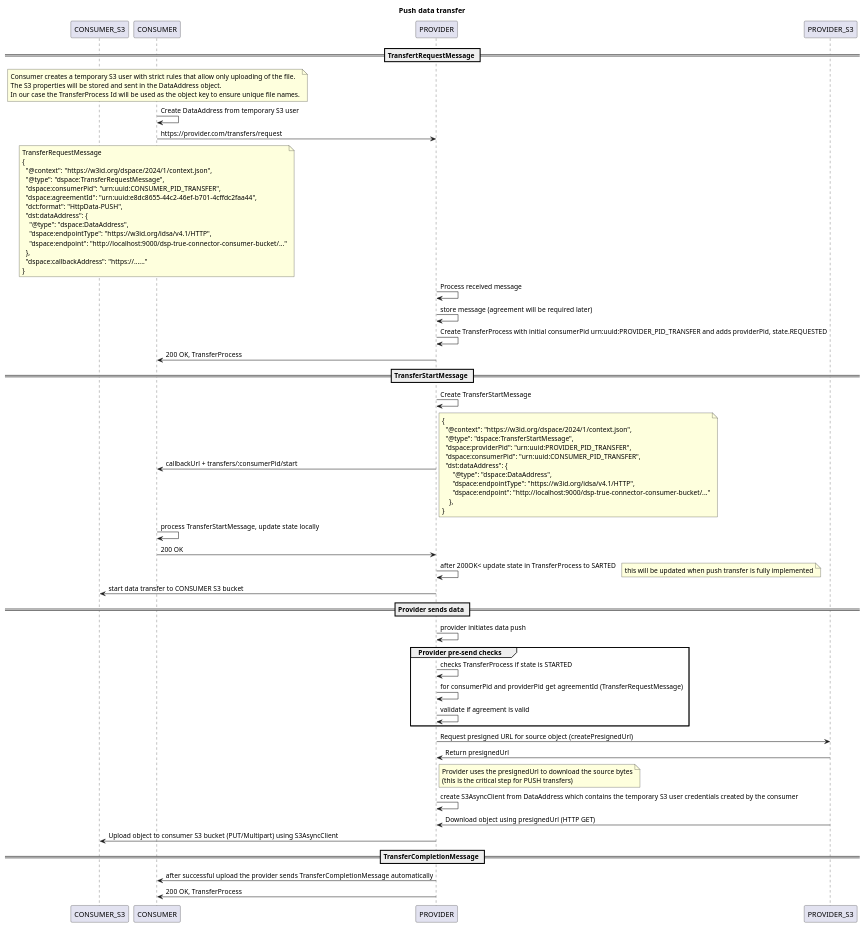
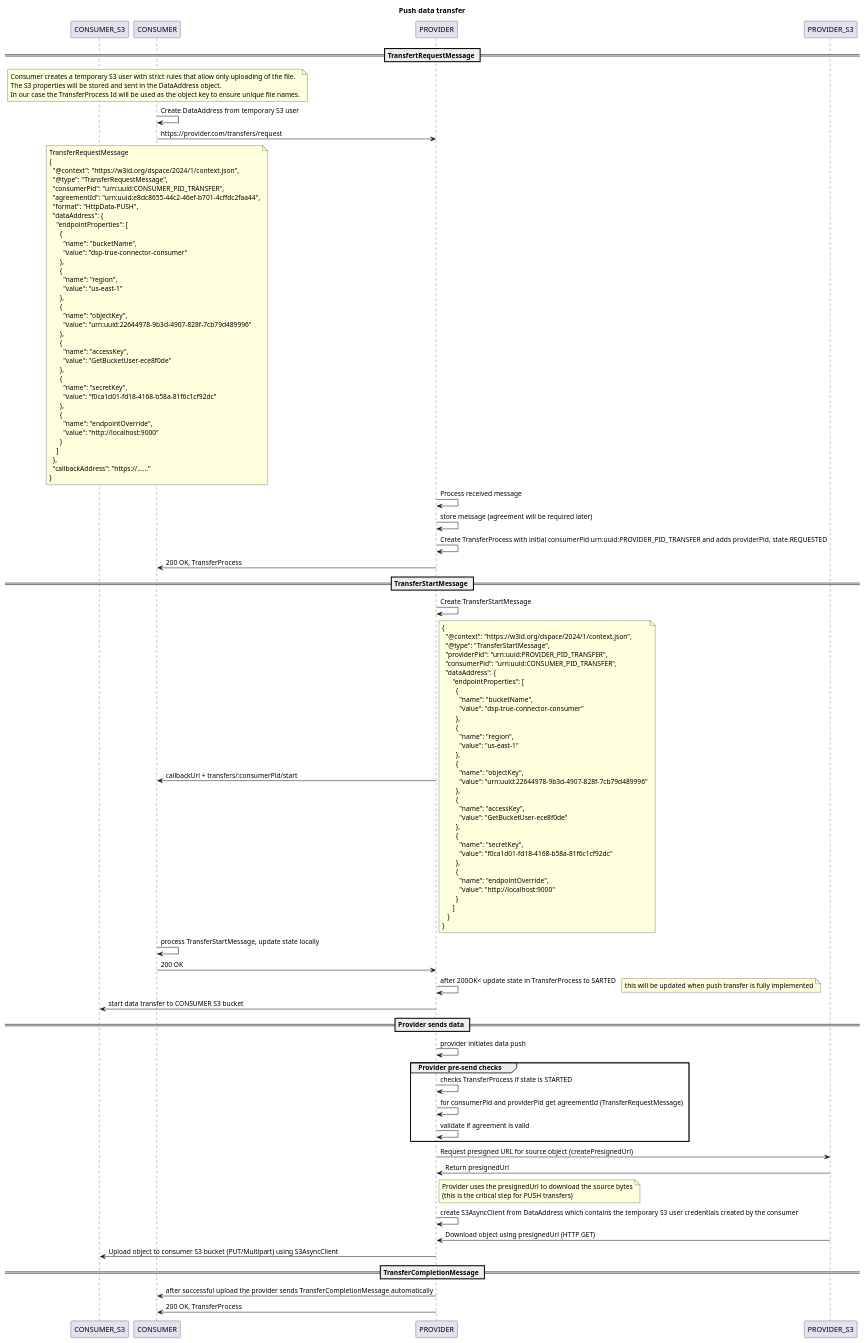
One commit to Engineering-Research-and-Development/dsp-true-connector changed the diagram in data-transfer/doc/diagrams/push_data_transfer.puml. Above: the diagram before and after it, drawn with PlantUML. The commit also changed 302 other files, not shown here.

```diff
--- a/data-transfer/doc/diagrams/push_data_transfer.puml
+++ b/data-transfer/doc/diagrams/push_data_transfer.puml
@@ -1,92 +1,138 @@
 @startuml
 
 TITLE Push data transfer
 
 participant CONSUMER_S3 as cs3
 participant CONSUMER as c
 participant PROVIDER as p
 participant PROVIDER_S3 as ps3
 
 == TransfertRequestMessage ==
 
 note over c
 Consumer creates a temporary S3 user with strict rules that allow only uploading of the file.
 The S3 properties will be stored and sent in the DataAddress object.
 In our case the TransferProcess Id will be used as the object key to ensure unique file names.
 end note
 c->c: Create DataAddress from temporary S3 user
 c->p : https://provider.com/transfers/request
 
 note over c
 TransferRequestMessage
 {
   "@context":  "https://w3id.org/dspace/2024/1/context.json",
-  "@type": "dspace:TransferRequestMessage",
-  "dspace:consumerPid": "urn:uuid:CONSUMER_PID_TRANSFER",
-  "dspace:agreementId": "urn:uuid:e8dc8655-44c2-46ef-b701-4cffdc2faa44",
-  "dct:format": "HttpData-PUSH",
-  "dst:dataAddress": {
-    "@type": "dspace:DataAddress",
-    "dspace:endpointType": "https://w3id.org/idsa/v4.1/HTTP",
-    "dspace:endpoint": "http://localhost:9000/dsp-true-connector-consumer-bucket/..."
+  "@type": "TransferRequestMessage",
+  "consumerPid": "urn:uuid:CONSUMER_PID_TRANSFER",
+  "agreementId": "urn:uuid:e8dc8655-44c2-46ef-b701-4cffdc2faa44",
+  "format": "HttpData-PUSH",
+  "dataAddress": {
+    "endpointProperties": [
+      {
+        "name": "bucketName",
+        "value": "dsp-true-connector-consumer"
+      },
+      {
+        "name": "region",
+        "value": "us-east-1"
+      },
+      {
+        "name": "objectKey",
+        "value": "urn:uuid:22644978-9b3d-4907-828f-7cb79d489996"
+      },
+      {
+        "name": "accessKey",
+        "value": "GetBucketUser-ece8f0de"
+      },
+      {
+        "name": "secretKey",
+        "value": "f0ca1d01-fd18-4168-b58a-81f6c1cf92dc"
+      },
+      {
+        "name": "endpointOverride",
+        "value": "http://localhost:9000"
+      }
+    ]
   },
-  "dspace:callbackAddress": "https://......"
+  "callbackAddress": "https://......"
 }
 end note
 
 p->p: Process received message
 p->p: store message (agreement will be required later)
 p->p: Create TransferProcess with initial consumerPid urn:uuid:PROVIDER_PID_TRANSFER and adds providerPid, state.REQUESTED
 p->c: 200 OK, TransferProcess
 
 == TransferStartMessage ==
 p->p: Create TransferStartMessage
 
 p->c : callbackUrl + transfers/:consumerPid/start
 note right
 {
   "@context":  "https://w3id.org/dspace/2024/1/context.json",
-  "@type": "dspace:TransferStartMessage",
-  "dspace:providerPid": "urn:uuid:PROVIDER_PID_TRANSFER",
-  "dspace:consumerPid": "urn:uuid:CONSUMER_PID_TRANSFER",
-  "dst:dataAddress": {
-      "@type": "dspace:DataAddress",
-      "dspace:endpointType": "https://w3id.org/idsa/v4.1/HTTP",
-      "dspace:endpoint": "http://localhost:9000/dsp-true-connector-consumer-bucket/..."
-    },
+  "@type": "TransferStartMessage",
+  "providerPid": "urn:uuid:PROVIDER_PID_TRANSFER",
+  "consumerPid": "urn:uuid:CONSUMER_PID_TRANSFER",
+  "dataAddress": {
+      "endpointProperties": [
+        {
+          "name": "bucketName",
+          "value": "dsp-true-connector-consumer"
+        },
+        {
+          "name": "region",
+          "value": "us-east-1"
+        },
+        {
+          "name": "objectKey",
+          "value": "urn:uuid:22644978-9b3d-4907-828f-7cb79d489996"
+        },
+        {
+          "name": "accessKey",
+          "value": "GetBucketUser-ece8f0de"
+        },
+        {
+          "name": "secretKey",
+          "value": "f0ca1d01-fd18-4168-b58a-81f6c1cf92dc"
+        },
+        {
+          "name": "endpointOverride",
+          "value": "http://localhost:9000"
+        }
+      ]
+   }
 }
 end note
 
 c->c : process TransferStartMessage, update state locally
 c->p : 200 OK
 p->p: after 200OK< update state in TransferProcess to SARTED
 note right
 this will be updated when push transfer is fully implemented
 end note
 p->cs3: start data transfer to CONSUMER S3 bucket
 
 == Provider sends data ==
 
   p->p: provider initiates data push
 group Provider pre-send checks
   p->p: checks TransferProcess if state is STARTED
   p->p: for consumerPid and providerPid get agreementId (TransferRequestMessage)
   p->p: validate if agreement is valid
 end group
 
 p->ps3: Request presigned URL for source object (createPresignedUrl)
 ps3->p: Return presignedUrl
 note right of p
 Provider uses the presignedUrl to download the source bytes
 (this is the critical step for PUSH transfers)
 end note
   p->p: create S3AsyncClient from DataAddress which contains the temporary S3 user credentials created by the consumer
 ps3->p: Download object using presignedUrl (HTTP GET)
 p->cs3: Upload object to consumer S3 bucket (PUT/Multipart) using S3AsyncClient
 
 == TransferCompletionMessage ==
 
 p->c: after successful upload the provider sends TransferCompletionMessage automatically
 p->c: 200 OK, TransferProcess
 
 @enduml
```
